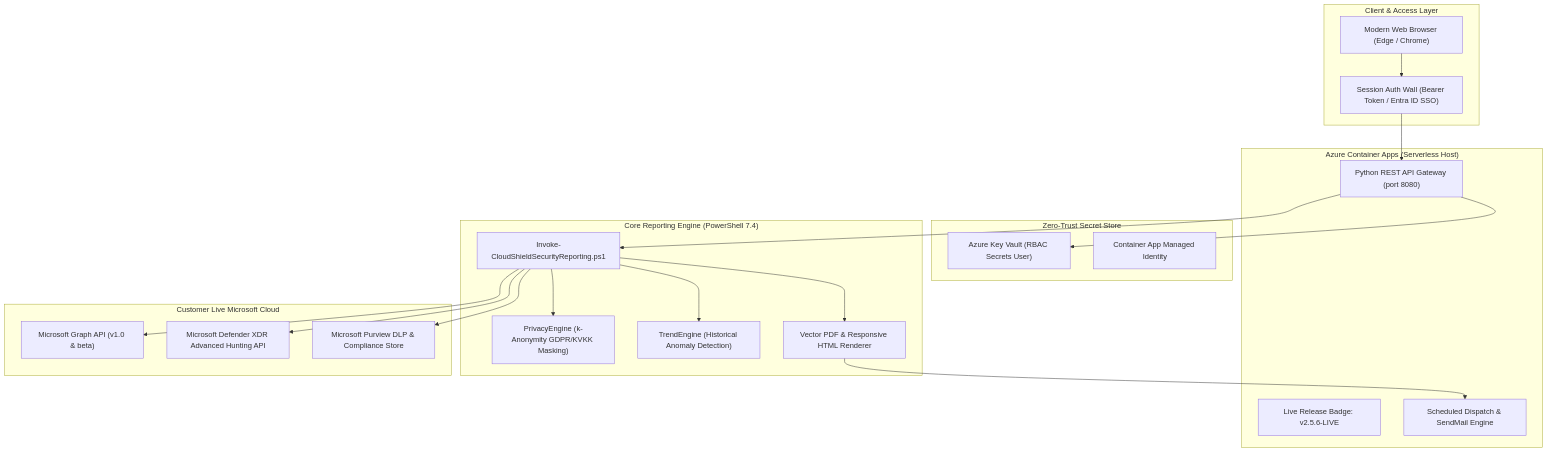
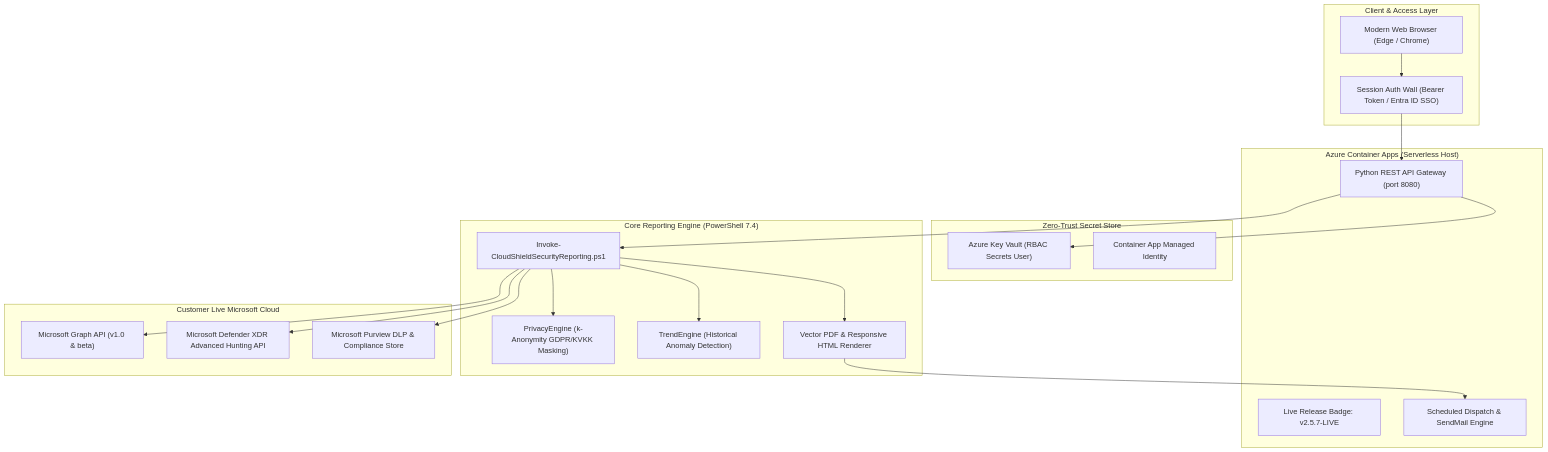
Before and after one commit to canercetinkaya/cloudshield-mssp-portal: the diagram in README.md, drawn with Mermaid. The commit also changed other lines of this file and 7 other files, not shown here.

Commit message:
release(v2.5.7-LIVE): remove static prescriptive roadmap and make SIT distribution & action backlog 100% dynamic [build: 2026.09.10.7]

````diff
--- a/README.md
+++ b/README.md
@@ -31,43 +31,43 @@
 ```mermaid
 flowchart TD
     subgraph ClientLayer ["Client & Access Layer"]
         Browser["Modern Web Browser (Edge / Chrome)"]
         AuthWall["Session Auth Wall (Bearer Token / Entra ID SSO)"]
     end
 
     subgraph PortalLayer ["Azure Container Apps (Serverless Host)"]
         WebServer["Python REST API Gateway (port 8080)"]
-        VersionBadge["Live Release Badge: v2.5.6-LIVE"]
+        VersionBadge["Live Release Badge: v2.5.7-LIVE"]
         ReportDispatcher["Scheduled Dispatch & SendMail Engine"]
     end
 
     subgraph SecurityVault ["Zero-Trust Secret Store"]
         AKV["Azure Key Vault (RBAC Secrets User)"]
         ManagedIdentity["Container App Managed Identity"]
     end
 
     subgraph EngineLayer ["Core Reporting Engine (PowerShell 7.4)"]
         EngineMain["Invoke-CloudShieldSecurityReporting.ps1"]
         PrivacyEngine["PrivacyEngine (k-Anonymity GDPR/KVKK Masking)"]
         TrendEngine["TrendEngine (Historical Anomaly Detection)"]
         Renderer["Vector PDF & Responsive HTML Renderer"]
     end
 
     subgraph MicrosoftCloud ["Customer Live Microsoft Cloud"]
         GraphAPI["Microsoft Graph API (v1.0 & beta)"]
         DefenderAPI["Microsoft Defender XDR Advanced Hunting API"]
         PurviewDLP["Microsoft Purview DLP & Compliance Store"]
     end
 
     Browser --> AuthWall
     AuthWall --> WebServer
     WebServer --> AKV
     WebServer --> EngineMain
     EngineMain --> PrivacyEngine
     EngineMain --> TrendEngine
     EngineMain --> Renderer
     EngineMain --> GraphAPI
     EngineMain --> DefenderAPI
     EngineMain --> PurviewDLP
     Renderer --> ReportDispatcher
 ```
````
